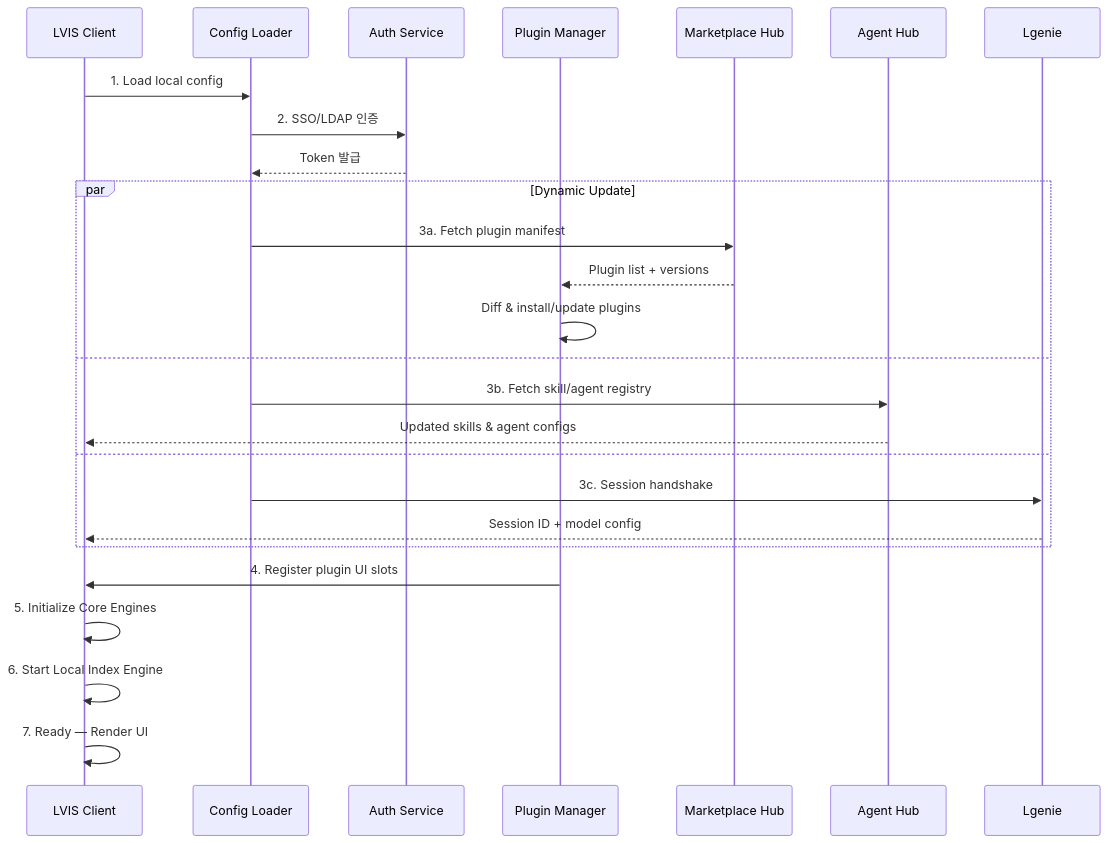
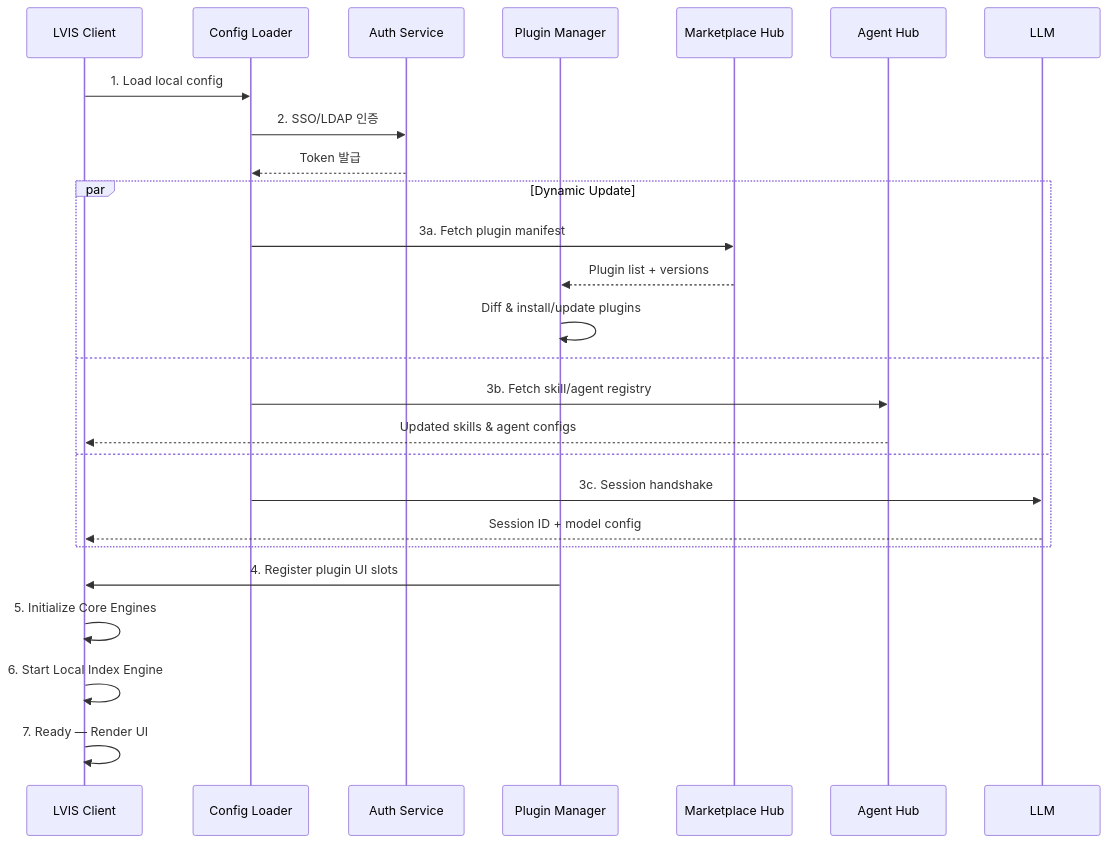
One commit to lvis-project/lvis-app changed the sixth of 21 diagrams in docs/architecture/architecture.reference.md. Above: the diagram before and after it, drawn with Mermaid. The commit also changed other lines of this file and 86 other files, not shown here.

````diff
--- a/docs/architecture/architecture.reference.md
+++ b/docs/architecture/architecture.reference.md
@@ -280,31 +280,31 @@
 ```mermaid
 sequenceDiagram
     participant App as LVIS Client
     participant Config as Config Loader
     participant Auth as Auth Service
     participant PluginMgr as Plugin Manager
     participant Market as Marketplace Hub
     participant AgentHub as Agent Hub
-    participant Lgenie as Lgenie
+    participant LLM as LLM
 
     App->>Config: 1. Load local config
     Config->>Auth: 2. SSO/LDAP 인증
     Auth-->>Config: Token 발급
 
     par Dynamic Update
         Config->>Market: 3a. Fetch plugin manifest
         Market-->>PluginMgr: Plugin list + versions
         PluginMgr->>PluginMgr: Diff & install/update plugins
     and
         Config->>AgentHub: 3b. Fetch skill/agent registry
         AgentHub-->>App: Updated skills & agent configs
     and
-        Config->>Lgenie: 3c. Session handshake
-        Lgenie-->>App: Session ID + model config
+        Config->>LLM: 3c. Session handshake
+        LLM-->>App: Session ID + model config
     end
 
     PluginMgr->>App: 4. Register plugin UI slots
     App->>App: 5. Initialize Core Engines
     App->>App: 6. Start Local Index Engine
     App->>App: 7. Ready — Render UI
 ```
````
